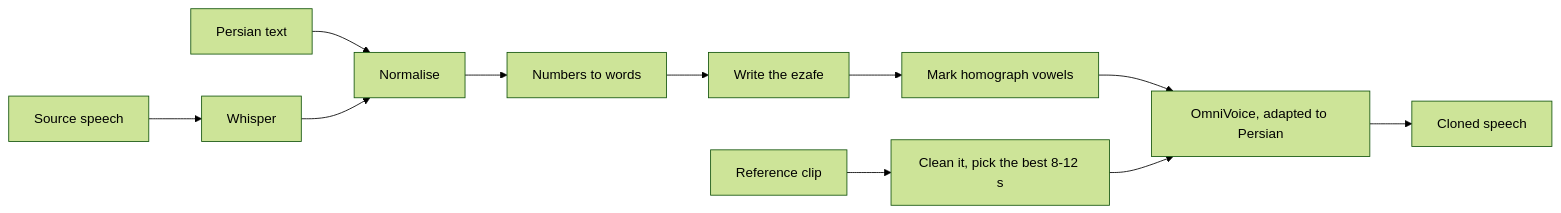
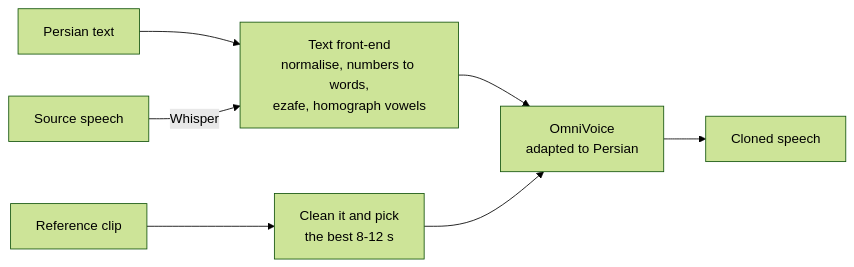
The diagram in README.md (Ahmadreza-Merikh/voice-cloning), drawn with Mermaid (forest theme) before and after one commit.

Commit message:
README: draw the pipeline in four columns so it stays legible

````diff
--- a/README.md
+++ b/README.md
@@ -59,7 +59,9 @@
 ```mermaid
 flowchart LR
-    T["Persian text"] --> N["Normalise"] --> V["Numbers to words"] --> Z["Write the ezafe"] --> H["Mark homograph vowels"] --> M["OmniVoice, adapted to Persian"]
-    R["Reference clip"] --> P["Clean it, pick the best 8-12 s"] --> M
-    S["Source speech"] --> W["Whisper"] --> N
+    T["Persian text"] --> F["Text front-end<br/>normalise, numbers to words,<br/>ezafe, homograph vowels"]
+    S["Source speech"] -- "Whisper" --> F
+    R["Reference clip"] --> P["Clean it and pick<br/>the best 8-12 s"]
+    F --> M["OmniVoice<br/>adapted to Persian"]
+    P --> M
     M --> O["Cloned speech"]
 ```
````
